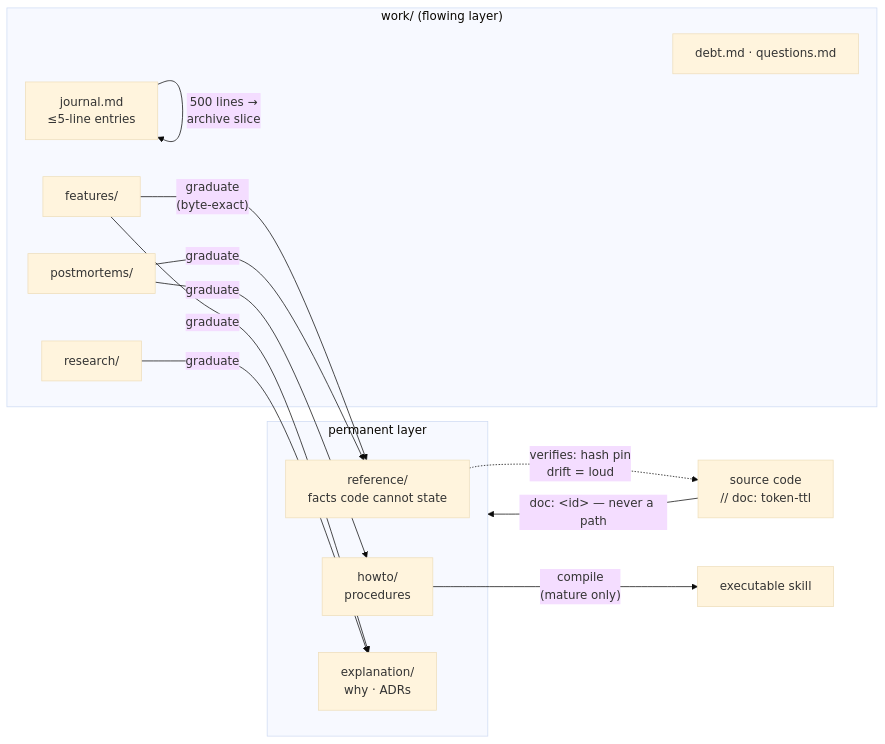
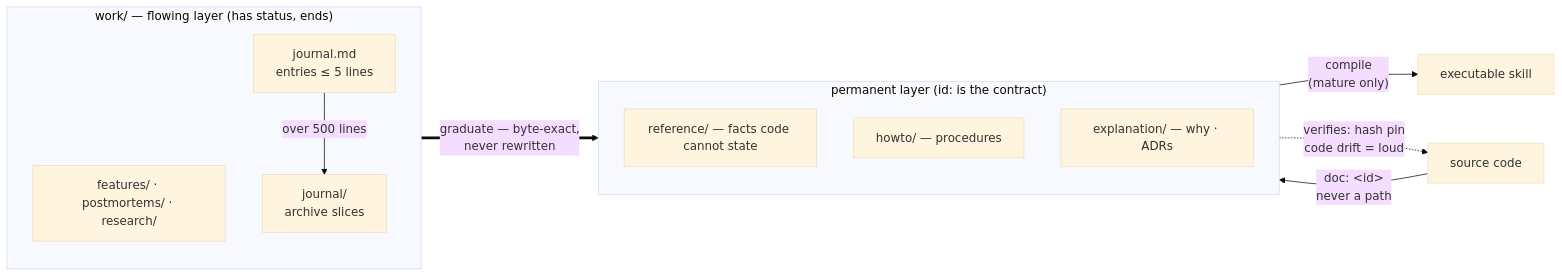
Before and after one commit to FatihErtugral/docsys: the first of 5 diagrams in README.md, drawn with Mermaid (base theme). The commit also changed other lines of this file, not shown here.

Commit message:
README: rebuild the overview diagram — self-loop replaced by an archive node, five graduate edges collapsed to one, routing detail moved to prose

````diff
--- a/README.md
+++ b/README.md
@@ -23,29 +23,24 @@
 ```mermaid
 flowchart LR
-    subgraph FLOW["work/  (flowing layer)"]
-        J[journal.md<br/>≤5-line entries]
-        F[features/]
-        P[postmortems/]
-        R[research/]
-        D[debt.md · questions.md]
+    subgraph WORK["work/ — flowing layer (has status, ends)"]
+        direction TB
+        F["features/ · postmortems/ · research/"]
+        J["journal.md<br/>entries ≤ 5 lines"]
+        J -->|"over 500 lines"| S["journal/<br/>archive slices"]
     end
 
-    subgraph PERM["permanent layer"]
-        REF["reference/<br/>facts code cannot state"]
-        HOW["howto/<br/>procedures"]
-        EXP["explanation/<br/>why · ADRs"]
+    subgraph PERM["permanent layer (id: is the contract)"]
+        direction TB
+        REF["reference/ — facts code cannot state"]
+        HOW["howto/ — procedures"]
+        EXP["explanation/ — why · ADRs"]
     end
 
-    CODE["source code<br/>// doc: token-ttl"]
+    CODE["source code"]
     SKILL["executable skill"]
 
-    F -- "graduate<br/>(byte-exact)" --> REF
-    F -- graduate --> EXP
-    P -- graduate --> REF
-    P -- graduate --> HOW
-    R -- graduate --> EXP
-    J -- "500 lines →<br/>archive slice" --> J
-    CODE -- "doc: &lt;id&gt; — never a path" --> PERM
-    REF -. "verifies: hash pin<br/>drift = loud" .-> CODE
-    HOW -- "compile<br/>(mature only)" --> SKILL
+    F ==>|"graduate — byte-exact,<br/>never rewritten"| PERM
+    CODE -->|"doc: &lt;id&gt;<br/>never a path"| PERM
+    PERM -.->|"verifies: hash pin<br/>code drift = loud"| CODE
+    HOW -->|"compile<br/>(mature only)"| SKILL
 ```
````
